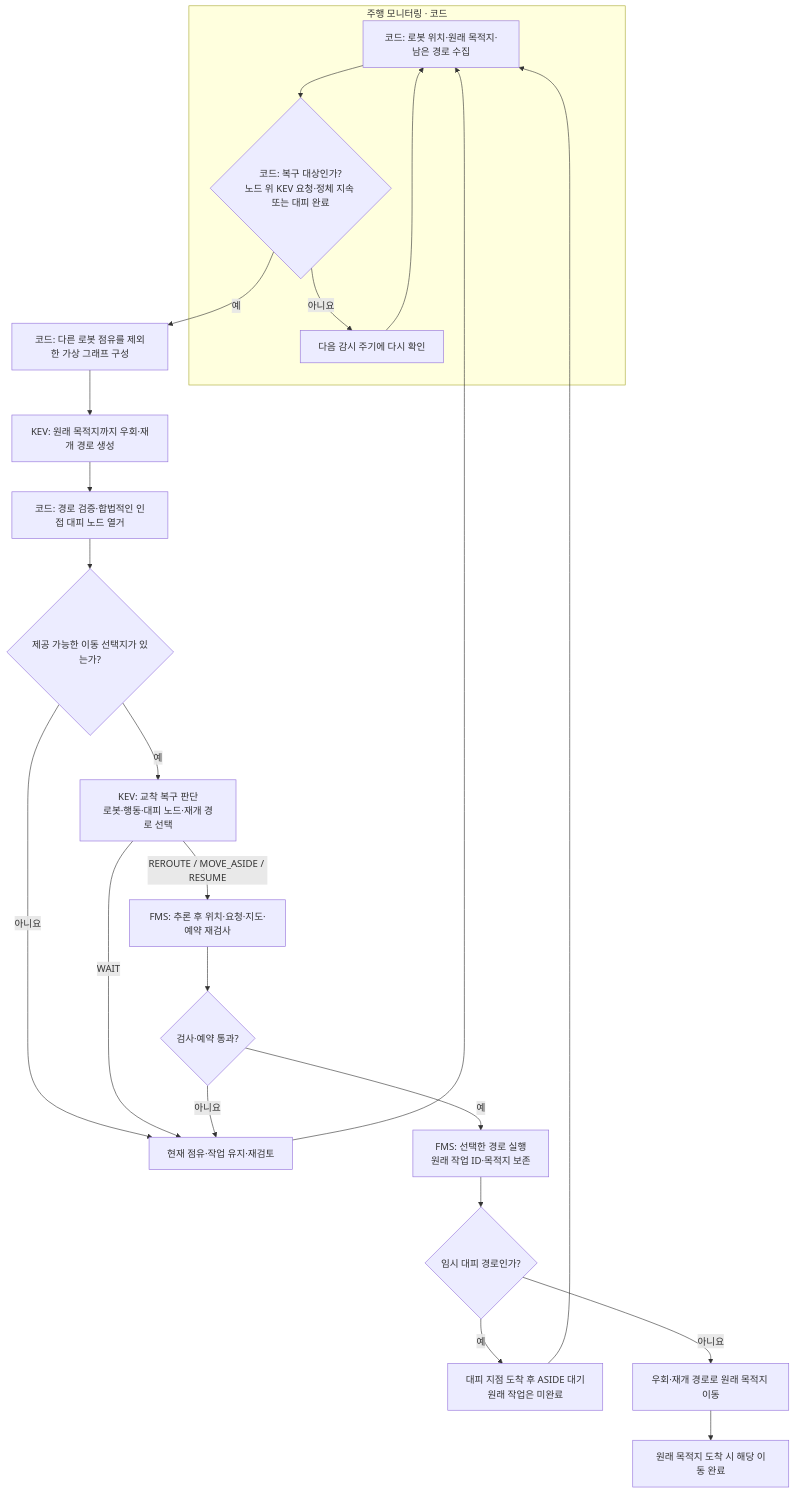
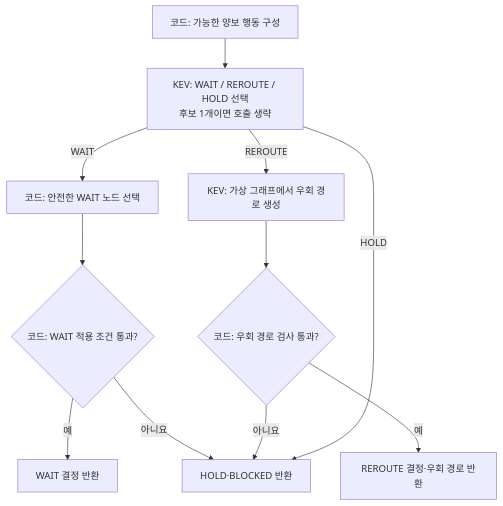
One commit to E1I6-Logistics/Logistics_AI changed the third of 9 diagrams in docs/kev_mapf_flowchart.md. Above: the diagram before and after it, drawn with Mermaid. The commit also changed other lines of this file, not shown here.

````diff
--- a/docs/kev_mapf_flowchart.md
+++ b/docs/kev_mapf_flowchart.md
@@ -170,26 +246,13 @@
 ```mermaid
 flowchart TD
-    subgraph MONITOR["주행 모니터링 · 코드"]
-        A["코드: 로봇 위치·원래 목적지·남은 경로 수집"] --> B{"코드: 복구 대상인가?<br/>노드 위 KEV 요청·정체 지속 또는 대피 완료"}
-        B -- 아니요 --> Z["다음 감시 주기에 다시 확인"]
-        Z --> A
-    end
-    B -- 예 --> C["코드: 다른 로봇 점유를 제외한 가상 그래프 구성"]
-    C --> D["KEV: 원래 목적지까지 우회·재개 경로 생성"]
-    D --> E["코드: 경로 검증·합법적인 인접 대피 노드 열거"]
-    E --> F{"제공 가능한 이동 선택지가 있는가?"}
-    F -- 아니요 --> W["현재 점유·작업 유지·재검토"]
-    F -- 예 --> G["KEV: 교착 복구 판단<br/>로봇·행동·대피 노드·재개 경로 선택"]
-
-    G -- WAIT --> W
-    W --> A
-    G -- "REROUTE / MOVE_ASIDE / RESUME" --> H["FMS: 추론 후 위치·요청·지도·예약 재검사"]
-    H --> I{"검사·예약 통과?"}
-    I -- 아니요 --> W
-    I -- 예 --> J["FMS: 선택한 경로 실행<br/>원래 작업 ID·목적지 보존"]
-    J --> K{"임시 대피 경로인가?"}
-    K -- 예 --> L["대피 지점 도착 후 ASIDE 대기<br/>원래 작업은 미완료"]
-    L --> A
-    K -- 아니요 --> M["우회·재개 경로로 원래 목적지 이동"]
-    M --> N["원래 목적지 도착 시 해당 이동 완료"]
+    A["코드: 가능한 양보 행동 구성"] --> B["KEV: WAIT / REROUTE / HOLD 선택<br/>후보 1개이면 호출 생략"]
+    B -- "WAIT" --> C["코드: 안전한 WAIT 노드 선택"]
+    C --> D{"코드: WAIT 적용 조건 통과?"}
+    D -- "예" --> W["WAIT 결정 반환"]
+    D -- "아니요" --> H["HOLD·BLOCKED 반환"]
+    B -- "REROUTE" --> E["KEV: 가상 그래프에서 우회 경로 생성"]
+    E --> F{"코드: 우회 경로 검사 통과?"}
+    F -- "예" --> R["REROUTE 결정·우회 경로 반환"]
+    F -- "아니요" --> H
+    B -- "HOLD" --> H
 ```
````
